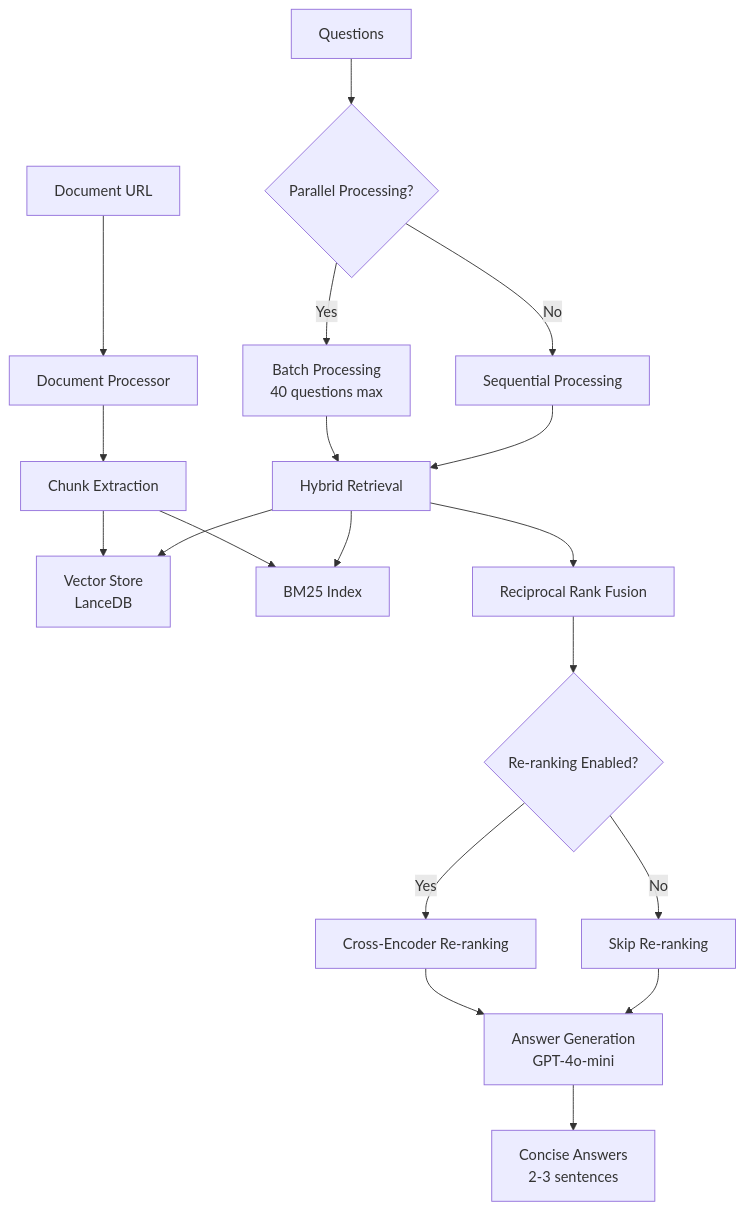
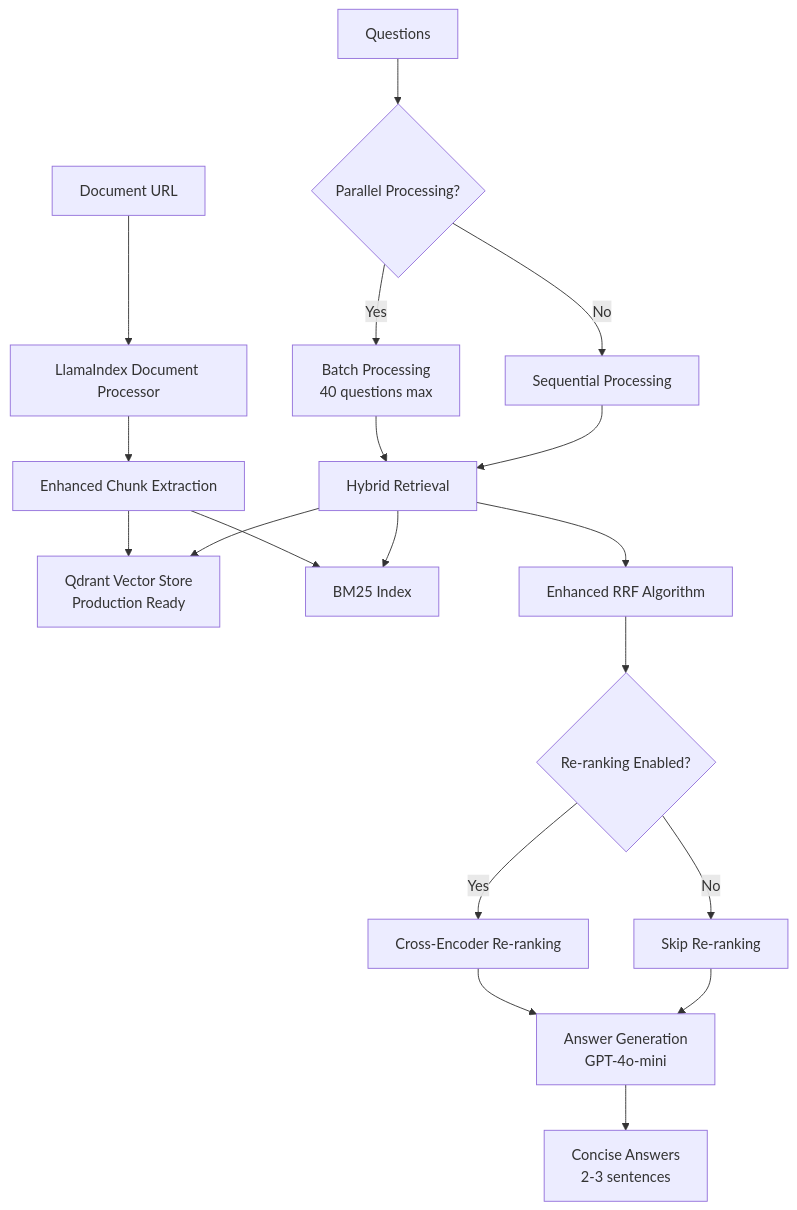
Before and after one commit to thearpankumar/BajajFinsev-HackRx6-LLM: the diagram in README.md, drawn with Mermaid. The commit also changed other lines of this file and 11 other files, not shown here.

````diff
--- a/README.md
+++ b/README.md
@@ -46,25 +52,25 @@
 ```mermaid
 graph TB
-    A[Document URL] --> B[Document Processor]
-    B --> C[Chunk Extraction]
-    C --> D[Vector Store<br/>LanceDB]
+    A[Document URL] --> B[LlamaIndex Document Processor]
+    B --> C[Enhanced Chunk Extraction]
+    C --> D[Qdrant Vector Store<br/>Production Ready]
     C --> E[BM25 Index]
     
     F[Questions] --> G{Parallel Processing?}
     G -->|Yes| H[Batch Processing<br/>40 questions max]
     G -->|No| I[Sequential Processing]
     
     H --> J[Hybrid Retrieval]
     I --> J
     J --> D
     J --> E
     
-    J --> K[Reciprocal Rank Fusion]
+    J --> K[Enhanced RRF Algorithm]
     K --> L{Re-ranking Enabled?}
     L -->|Yes| M[Cross-Encoder Re-ranking]
     L -->|No| N[Skip Re-ranking]
     M --> O[Answer Generation<br/>GPT-4o-mini]
     N --> O
     
     O --> P[Concise Answers<br/>2-3 sentences]
 ```
````
